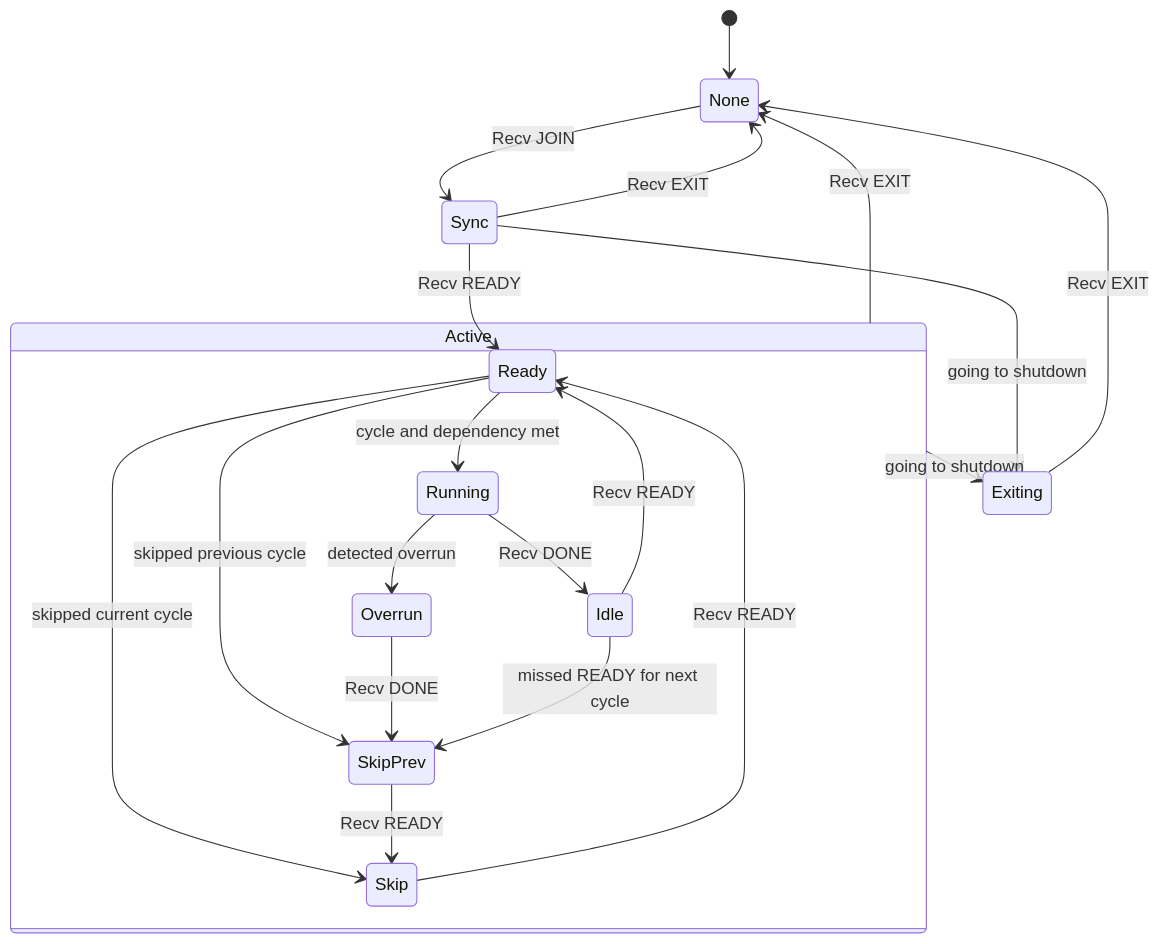
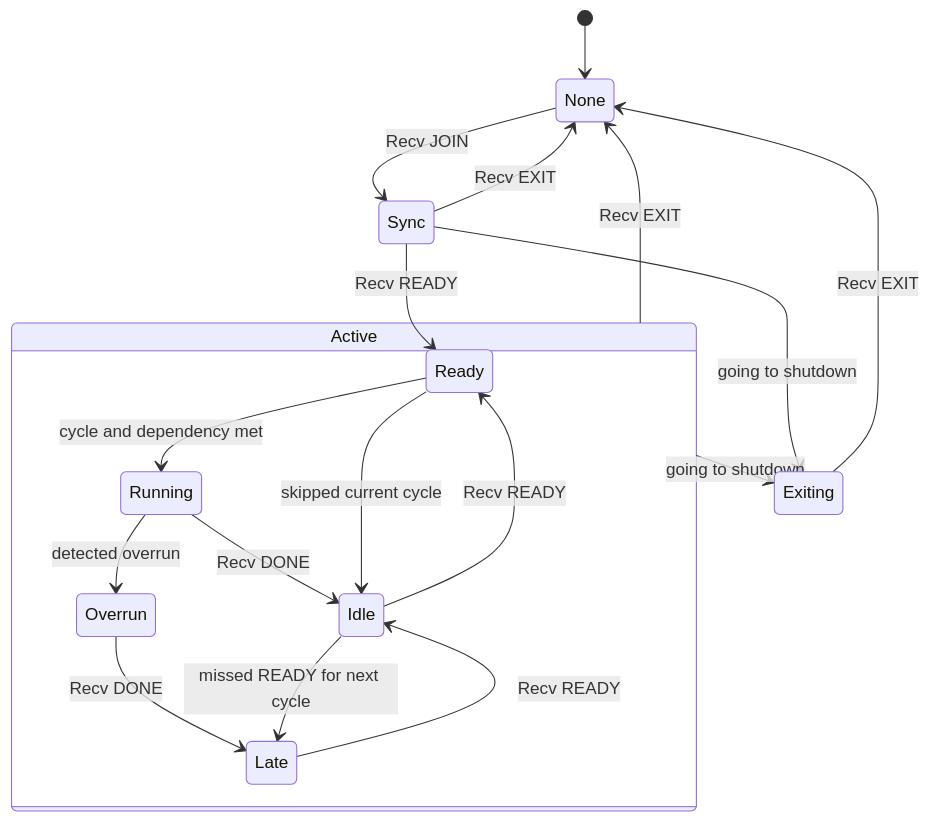
One commit to nao-kawano/ritsu-scheduler changed the second of 2 diagrams in docs/state-management.md. Above: the diagram before and after it, drawn with Mermaid. The commit also changed other lines of this file and 3 other files, not shown here.

First line of the commit message:
docs: Clarify overrun handling with new LATE message

````diff
--- a/docs/state-management.md
+++ b/docs/state-management.md
@@ -47,29 +47,25 @@
 ```mermaid
 stateDiagram-v2
     [*] --> None
     None --> Sync : Recv JOIN
     Sync --> Ready : Recv READY
 
     Sync --> None : Recv EXIT
     Sync --> Exiting : going to shutdown
     Active --> Exiting : going to shutdown
     Exiting --> None : Recv EXIT
     Active --> None : Recv EXIT
 
     State Active {
         Ready --> Running : cycle and dependency met
         Running --> Idle : Recv DONE
         Idle --> Ready : Recv READY
-
-        Ready --> Skip : skipped current cycle
-        Ready --> SkipPrev : skipped previous cycle
+        Ready --> Idle : skipped current cycle
 
         Running --> Overrun : detected overrun
-        Overrun --> SkipPrev : Recv DONE
+        Overrun --> Late : Recv DONE
 
-        SkipPrev --> Skip : Recv READY
-        Skip --> Ready : Recv READY
-
-        Idle --> SkipPrev : missed READY for next cycle
+        Idle --> Late : missed READY for next cycle
+        Late --> Idle : Recv READY
     }
 ```
````
